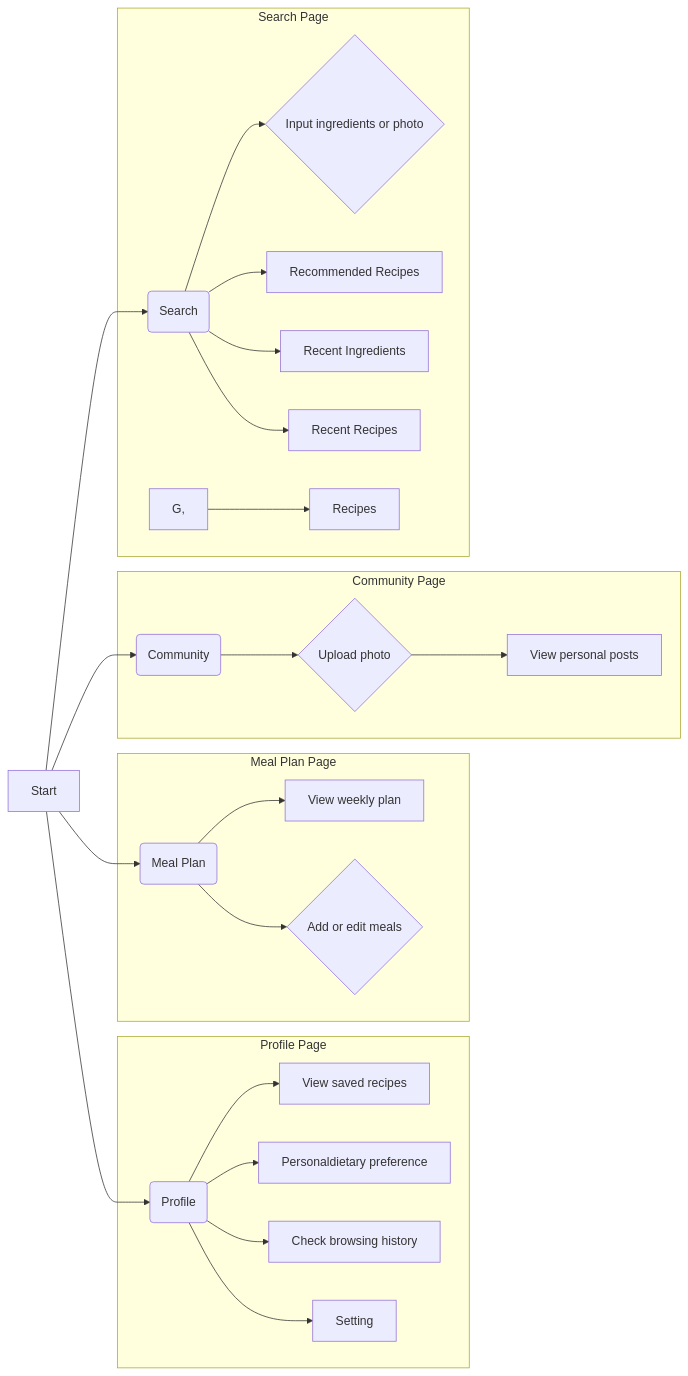
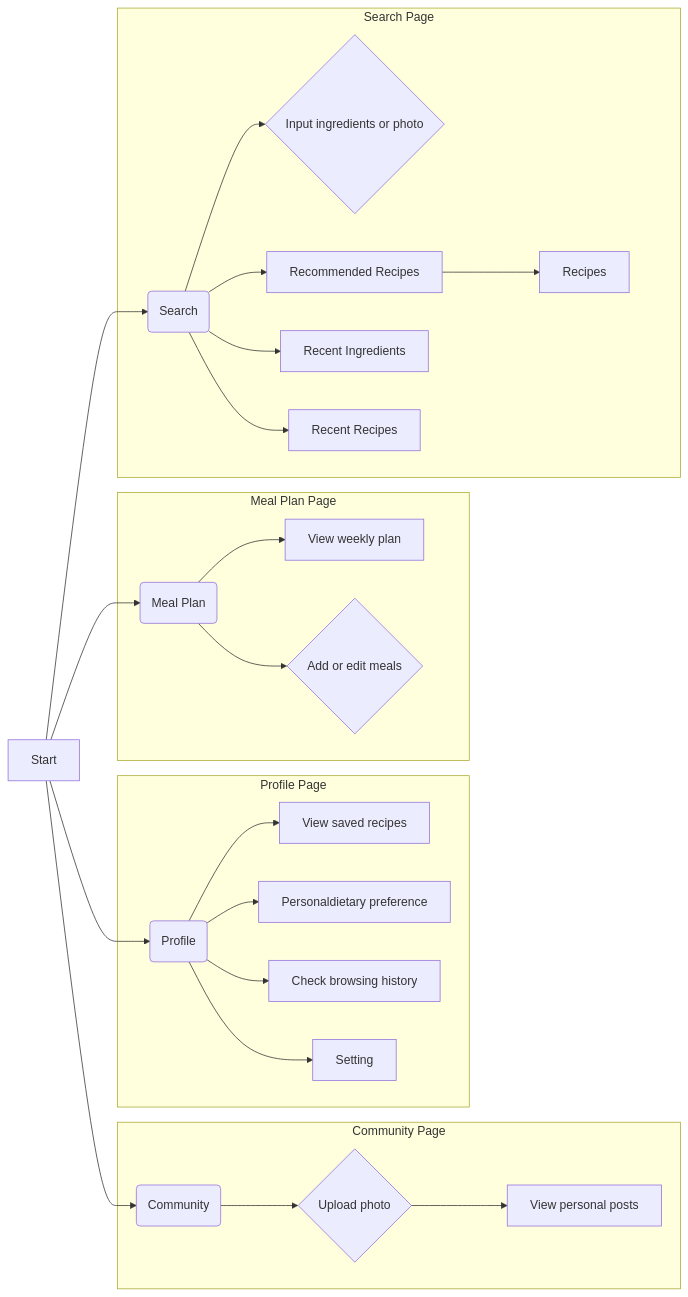
Before and after one commit to seven8301/iodraw-files: the diagram in all/未命名-2.md, drawn with Mermaid.

Commit message:
2025-04-09 20:36:22 update

````diff
--- a/all/未命名-2.md
+++ b/all/未命名-2.md
@@ -1,32 +1,32 @@
 ```mermaid
 graph LR
     A[Start] --> B(Search);
     A --> C(Community);
     A --> D(Meal Plan);
     A --> E(Profile);
 
     
     subgraph "Profile Page"
         E --> L[View saved recipes];
         E --> Q[Personaldietary preference];
         E --> M[Check browsing history];
         E --> P[Setting];
 
         
     end
       subgraph "Meal Plan Page"
         D --> J[View weekly plan];
         D --> K{Add or edit meals};
     end
      subgraph "Community Page"
         C --> H{Upload photo};
         H --> I[View personal posts];
     end
     subgraph "Search Page"
         B --> F{Input ingredients or photo};
         B --> G[Recommended Recipes];
-        G, --> R[Recipes];
+        G --> R[Recipes];
         B --> N[Recent Ingredients];
         B --> O[Recent Recipes];
     end
 ```
````
